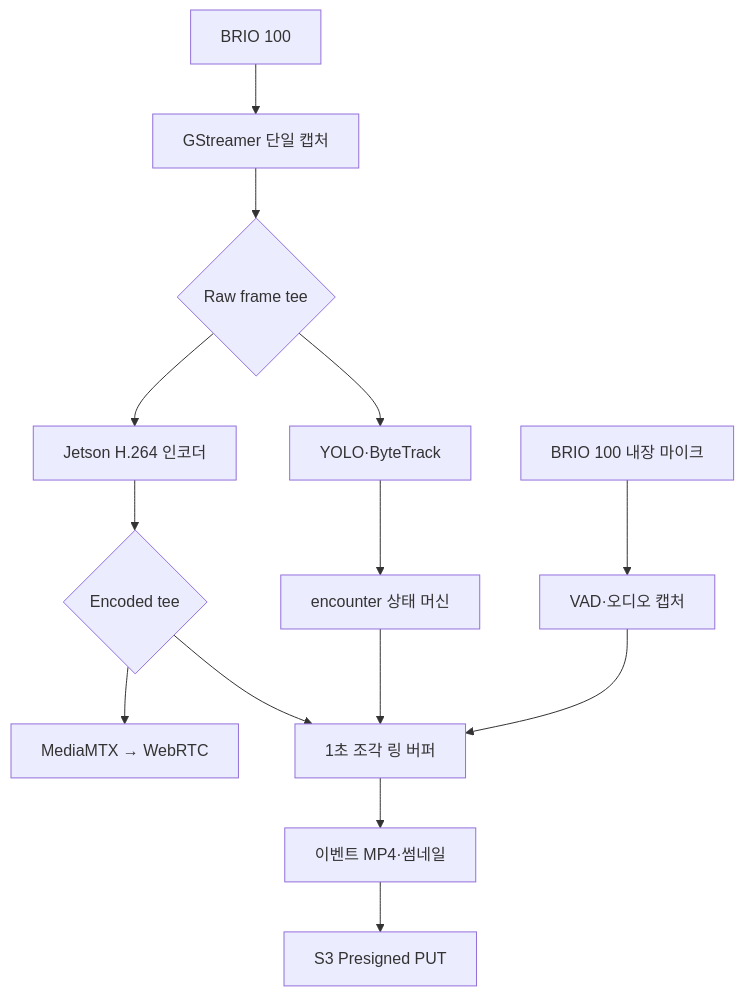
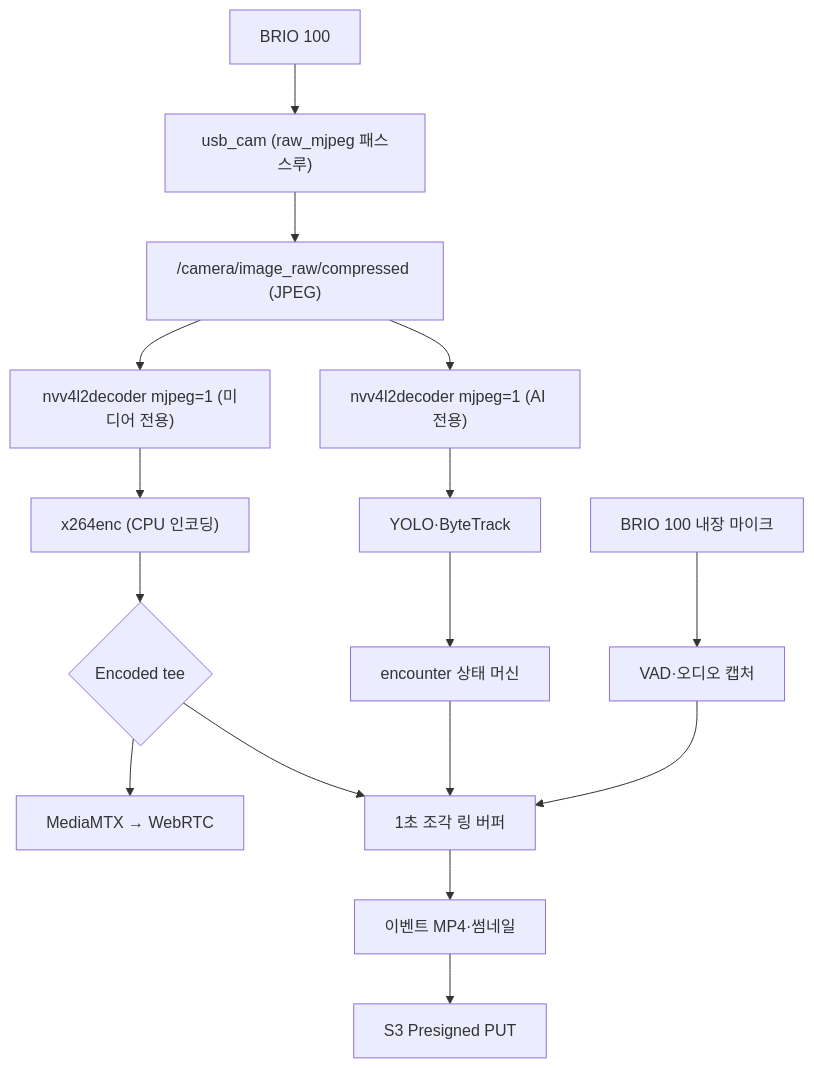
Before and after one commit to Common-AIOT/Sentinel-UGV: the fourth of 5 diagrams in docs/05-통신-서버-영상.md, drawn with Mermaid. The commit also changed other lines of this file and 17 other files, not shown here.

````diff
--- a/docs/05-통신-서버-영상.md
+++ b/docs/05-통신-서버-영상.md
@@ -1003,16 +1005,18 @@
 ```mermaid
 flowchart TD
-    cam["BRIO 100"] --> capture["GStreamer 단일 캡처"]
+    cam["BRIO 100"] --> capture["usb_cam (raw_mjpeg 패스스루)"]
     mic["BRIO 100 내장 마이크"] --> audio["VAD·오디오 캡처"]
-    capture --> rawtee{"Raw frame tee"}
-    rawtee --> ai["YOLO·ByteTrack"]
-    rawtee --> enc["Jetson H.264 인코더"]
+    capture --> topic["/camera/image_raw/compressed (JPEG)"]
+    topic --> aidec["nvv4l2decoder mjpeg=1 (AI 전용)"]
+    aidec --> ai["YOLO·ByteTrack"]
+    topic --> mdec["nvv4l2decoder mjpeg=1 (미디어 전용)"]
+    mdec --> enc["x264enc (CPU 인코딩)"]
     enc --> enctee{"Encoded tee"}
     enctee --> media["MediaMTX → WebRTC"]
     enctee --> ring["1초 조각 링 버퍼"]
     ai --> event["encounter 상태 머신"]
     event --> ring
     audio --> ring
     ring --> local["이벤트 MP4·썸네일"]
     local --> s3["S3 Presigned PUT"]
 ```
````
